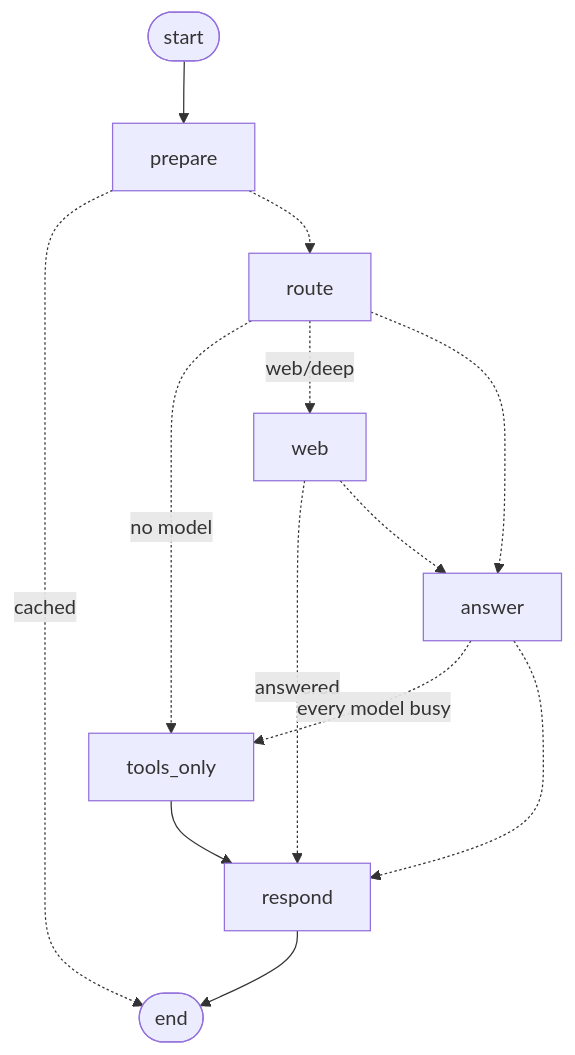
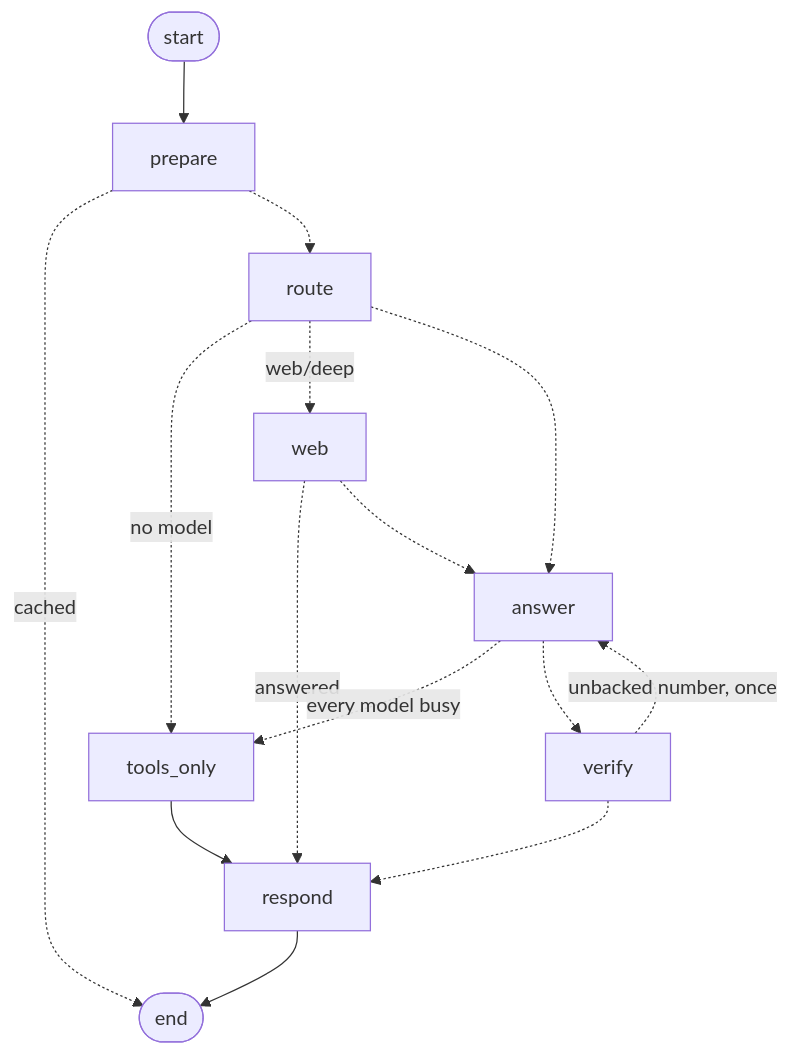
The diagram in docs/architecture/agent-graph.md (soham10i/stf-hw), drawn with Mermaid before and after one commit. The commit also changed other lines of this file and 8 other files, not shown here.

````diff
--- a/docs/architecture/agent-graph.md
+++ b/docs/architecture/agent-graph.md
@@ -24,15 +25,17 @@
 ```mermaid
 graph TD
   S([start]) --> prepare
   prepare -. cached .-> E([end])
   prepare -.-> route
   route -. no model .-> tools_only
   route -. web/deep .-> web
   route -.-> answer
   web -. answered .-> respond
   web -.-> answer
   answer -. every model busy .-> tools_only
-  answer -.-> respond
+  answer -.-> verify
+  verify -. unbacked number, once .-> answer
+  verify -.-> respond
   tools_only --> respond
   respond --> E
 ```
````
